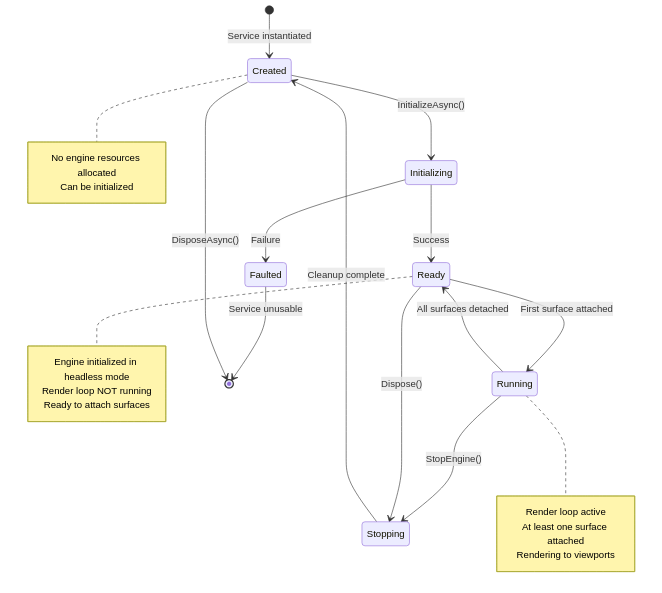
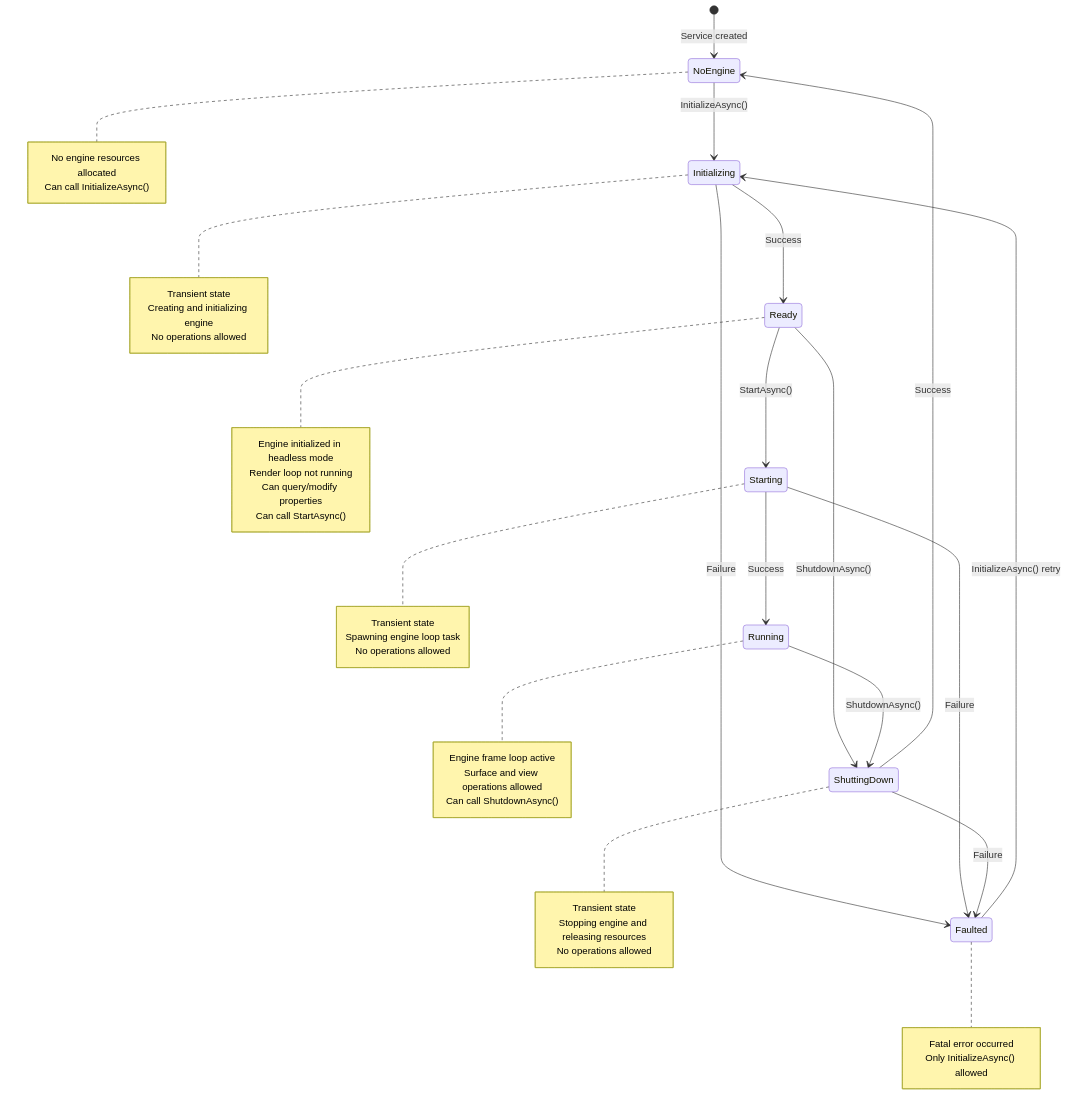
The third of 5 diagrams in projects/Oxygen.Editor.Runtime/README.md (abdes/DroidNet), drawn with Mermaid before and after one commit. The commit also changed other lines of this file and 15 other files, not shown here.

````diff
--- a/projects/Oxygen.Editor.Runtime/README.md
+++ b/projects/Oxygen.Editor.Runtime/README.md
@@ -110,35 +100,60 @@
 ```mermaid
 stateDiagram-v2
-    [*] --> Created: Service instantiated
+    [*] --> NoEngine: Service created
 
-    Created --> Initializing: InitializeAsync()
+    NoEngine --> Initializing: InitializeAsync()
     Initializing --> Ready: Success
     Initializing --> Faulted: Failure
 
-    Ready --> Running: First surface attached
-    Running --> Ready: All surfaces detached
-    Running --> Stopping: StopEngine()
-    Ready --> Stopping: Dispose()
+    Ready --> Starting: StartAsync()
+    Starting --> Running: Success
+    Starting --> Faulted: Failure
 
-    Stopping --> Created: Cleanup complete
+    Ready --> ShuttingDown: ShutdownAsync()
+    Running --> ShuttingDown: ShutdownAsync()
+    ShuttingDown --> NoEngine: Success
+    ShuttingDown --> Faulted: Failure
 
-    Faulted --> [*]: Service unusable
-    Created --> [*]: DisposeAsync()
+    Faulted --> Initializing: InitializeAsync() retry
 
-    note right of Created
+    note right of NoEngine
         No engine resources allocated
-        Can be initialized
+        Can call InitializeAsync()
+    end note
+
+    note right of Initializing
+        Transient state
+        Creating and initializing engine
+        No operations allowed
     end note
 
     note right of Ready
         Engine initialized in headless mode
-        Render loop NOT running
-        Ready to attach surfaces
+        Render loop not running
+        Can query/modify properties
+        Can call StartAsync()
+    end note
+
+    note right of Starting
+        Transient state
+        Spawning engine loop task
+        No operations allowed
     end note
 
     note right of Running
-        Render loop active
-        At least one surface attached
-        Rendering to viewports
+        Engine frame loop active
+        Surface and view operations allowed
+        Can call ShutdownAsync()
+    end note
+
+    note right of ShuttingDown
+        Transient state
+        Stopping engine and releasing resources
+        No operations allowed
+    end note
+
+    note right of Faulted
+        Fatal error occurred
+        Only InitializeAsync() allowed
     end note
 ```
````
